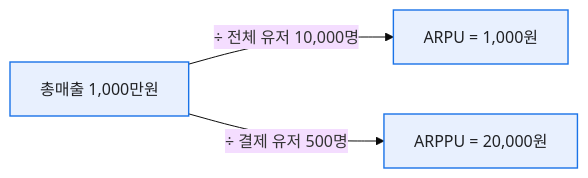
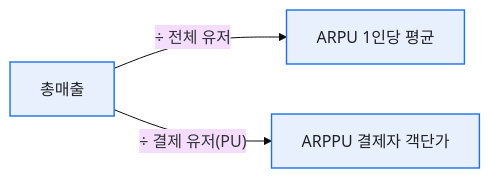
Before and after one commit to DBhyeong/DBhyeong.github.io: the first of 3 diagrams in content/blog/arpu-vs-arppu.md, drawn with Mermaid (base theme). The commit also changed other lines of this file and 9 other files, not shown here.

````diff
--- a/content/blog/arpu-vs-arppu.md
+++ b/content/blog/arpu-vs-arppu.md
@@ -18,8 +24,8 @@
 ```mermaid
 flowchart LR
   classDef box fill:#e8f0fe,stroke:#1a73e8,stroke-width:1.4px,color:#202124
-  REV["총매출 1,000만원"]
-  REV -->|"÷ 전체 유저 10,000명"| ARPU["ARPU = 1,000원"]
-  REV -->|"÷ 결제 유저 500명"| ARPPU["ARPPU = 20,000원"]
+  REV["총매출"]
+  REV -->|"÷ 전체 유저"| ARPU["ARPU 1인당 평균"]
+  REV -->|"÷ 결제 유저(PU)"| ARPPU["ARPPU 결제자 객단가"]
   class REV,ARPU,ARPPU box
 ```
````
